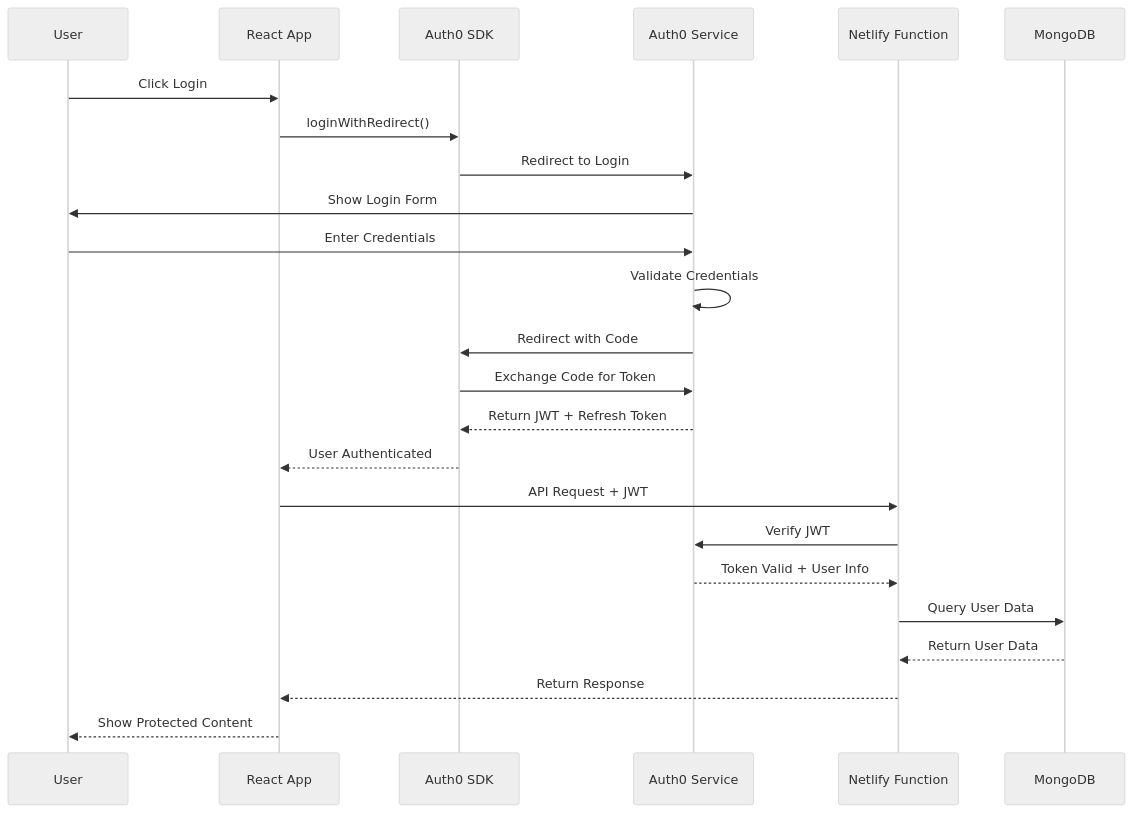
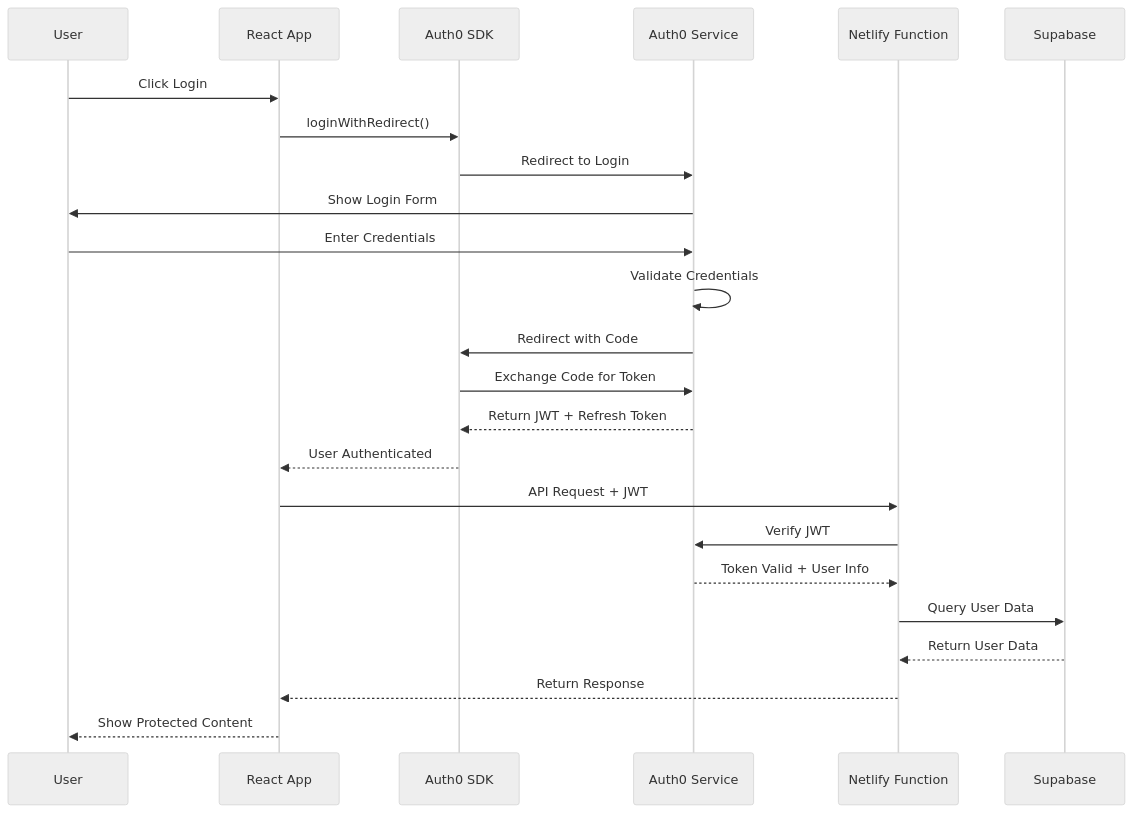
The fourth of 19 diagrams in docs/SYSTEM_ARCHITECTURE.md (dobeutech/digital-wharf-dynamics), drawn with Mermaid (neutral theme) before and after one commit. The commit also changed other lines of this file and 18 other files, not shown here.

First line of the commit message:
refactor: remove MongoDB, fix Typeform lightbox, configure Auth0/Supabase

````diff
--- a/docs/SYSTEM_ARCHITECTURE.md
+++ b/docs/SYSTEM_ARCHITECTURE.md
@@ -194,28 +192,28 @@
 ```mermaid
 sequenceDiagram
     participant User
     participant App as React App
     participant Auth0SDK as Auth0 SDK
     participant Auth0 as Auth0 Service
     participant Fn as Netlify Function
-    participant DB as MongoDB
+    participant DB as Supabase
 
     User->>App: Click Login
     App->>Auth0SDK: loginWithRedirect()
     Auth0SDK->>Auth0: Redirect to Login
     Auth0->>User: Show Login Form
     User->>Auth0: Enter Credentials
     Auth0->>Auth0: Validate Credentials
     Auth0->>Auth0SDK: Redirect with Code
     Auth0SDK->>Auth0: Exchange Code for Token
     Auth0-->>Auth0SDK: Return JWT + Refresh Token
     Auth0SDK-->>App: User Authenticated
 
     App->>Fn: API Request + JWT
     Fn->>Auth0: Verify JWT
     Auth0-->>Fn: Token Valid + User Info
     Fn->>DB: Query User Data
     DB-->>Fn: Return User Data
     Fn-->>App: Return Response
     App-->>User: Show Protected Content
 ```
````
